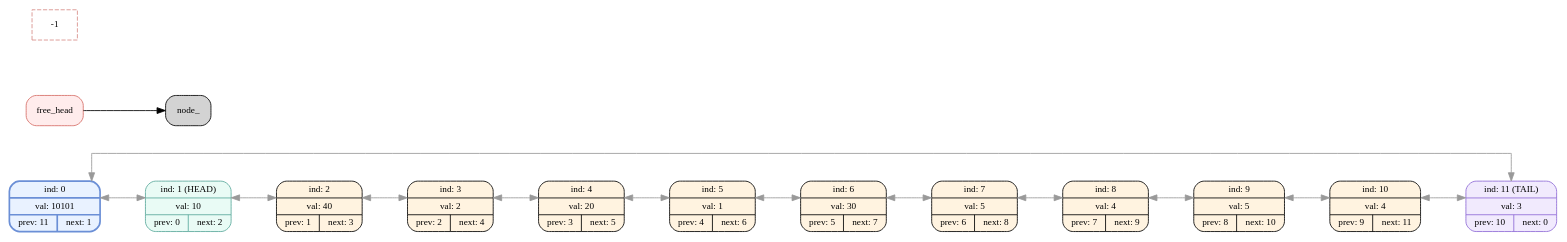
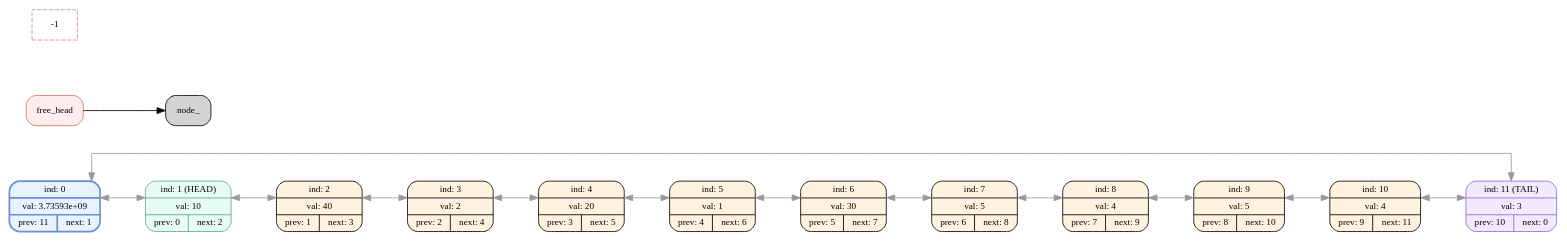
One commit to EvilTomato9890/DEAD_List changed the diagram in dumps/dump_004.dot. Above: the diagram before and after it, drawn with Graphviz. The commit also changed 27 other files, not shown here.

```diff
--- a/dumps/dump_004.dot
+++ b/dumps/dump_004.dot
@@ -1,44 +1,44 @@
 digraph G{
   rankdir=LR;
   splines=ortho;
   nodesep=0.9;
   ranksep=0.75;
   node [fontname="Fira Mono",shape=record,style="filled,rounded",fontsize=11];
-  node_0[shape=record,label="ind: 0 | val: 10101 | { prev: 11 | next: 1 }",color="#6b8fd6",style="filled,bold,rounded",fillcolor="#e9f2ff"];
+  node_0[shape=record,label="ind: 0 | val: 3.73593e+09 | { prev: 11 | next: 1 }",color="#6b8fd6",style="filled,bold,rounded",fillcolor="#e9f2ff"];
   node_1[shape=record,label=" ind: 1 (HEAD) | val: 10 | { prev: 0 | next: 2 } ",color="#5aa99b",fillcolor="#e9fbf5"];
   node_2[shape=record,label=" ind: 2 | val: 40 | { prev: 1 | next: 3 } ",color="#000000",fillcolor="#fff3e0"];
   node_3[shape=record,label=" ind: 3 | val: 2 | { prev: 2 | next: 4 } ",color="#000000",fillcolor="#fff3e0"];
   node_4[shape=record,label=" ind: 4 | val: 20 | { prev: 3 | next: 5 } ",color="#000000",fillcolor="#fff3e0"];
   node_5[shape=record,label=" ind: 5 | val: 1 | { prev: 4 | next: 6 } ",color="#000000",fillcolor="#fff3e0"];
   node_6[shape=record,label=" ind: 6 | val: 30 | { prev: 5 | next: 7 } ",color="#000000",fillcolor="#fff3e0"];
   node_7[shape=record,label=" ind: 7 | val: 5 | { prev: 6 | next: 8 } ",color="#000000",fillcolor="#fff3e0"];
   node_8[shape=record,label=" ind: 8 | val: 4 | { prev: 7 | next: 9 } ",color="#000000",fillcolor="#fff3e0"];
   node_9[shape=record,label=" ind: 9 | val: 5 | { prev: 8 | next: 10 } ",color="#000000",fillcolor="#fff3e0"];
   node_10[shape=record,label=" ind: 10 | val: 4 | { prev: 9 | next: 11 } ",color="#000000",fillcolor="#fff3e0"];
   node_11[shape=record,label=" ind: 11 (TAIL) | val: 3 | { prev: 10 | next: 0 } ",color="#8e6bd6",fillcolor="#f1eafd"];
   node_0 -> node_1 [weight=1000,style=invis];
   node_1 -> node_2 [weight=1000,style=invis];
   node_2 -> node_3 [weight=1000,style=invis];
   node_3 -> node_4 [weight=1000,style=invis];
   node_4 -> node_5 [weight=1000,style=invis];
   node_5 -> node_6 [weight=1000,style=invis];
   node_6 -> node_7 [weight=1000,style=invis];
   node_7 -> node_8 [weight=1000,style=invis];
   node_8 -> node_9 [weight=1000,style=invis];
   node_9 -> node_10 [weight=1000,style=invis];
   node_10 -> node_11 [weight=1000,style=invis];
   node_0 -> node_1 [dir=both, color="#999999", constraint=false];
   node_1 -> node_2 [dir=both, color="#999999", constraint=false];
   node_2 -> node_3 [dir=both, color="#999999", constraint=false];
   node_3 -> node_4 [dir=both, color="#999999", constraint=false];
   node_4 -> node_5 [dir=both, color="#999999", constraint=false];
   node_5 -> node_6 [dir=both, color="#999999", constraint=false];
   node_6 -> node_7 [dir=both, color="#999999", constraint=false];
   node_7 -> node_8 [dir=both, color="#999999", constraint=false];
   node_8 -> node_9 [dir=both, color="#999999", constraint=false];
   node_9 -> node_10 [dir=both, color="#999999", constraint=false];
   node_10 -> node_11 [dir=both, color="#999999", constraint=false];
   node_11 -> node_0 [dir=both, color="#999999", constraint=false];
   node_free [label=free_head,color="#d66d66",shape=rectangle,style="filled,rounded",fillcolor="#ffecec"];
   node_free -> node_-1 [color="#d88d88", style=dashed, constraint=false];
 }
```
